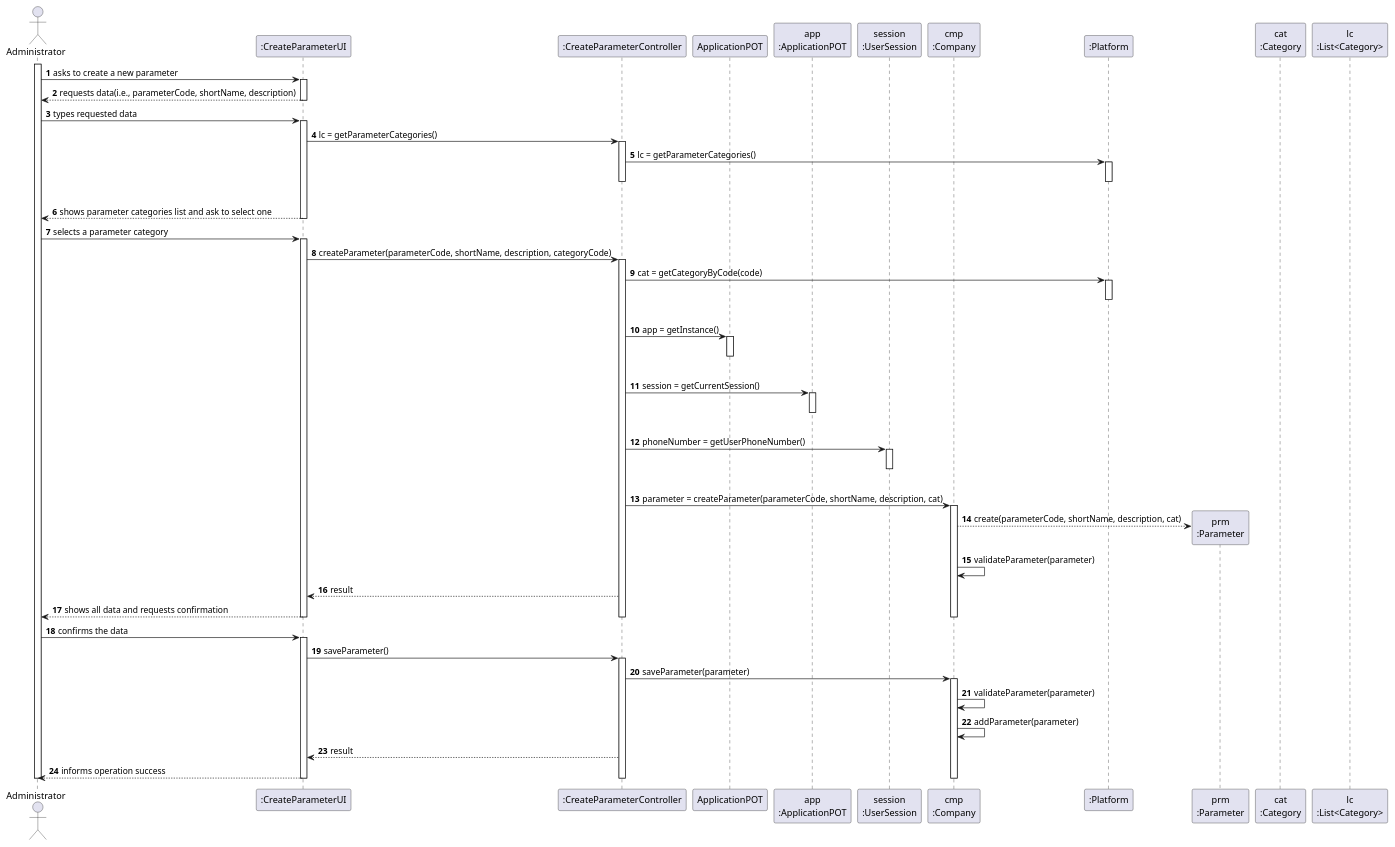
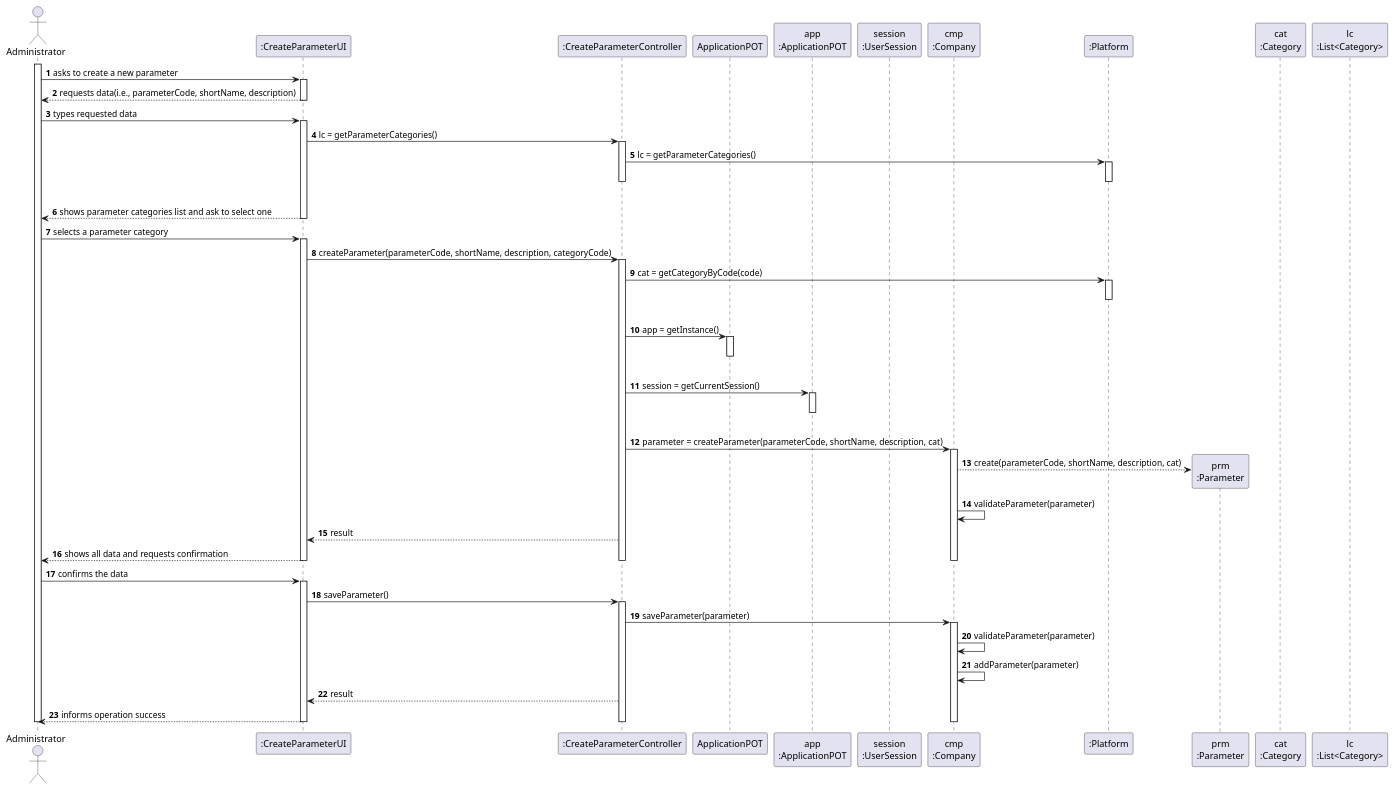
The diagram in docs/SprintB/US_10/US10_SD.puml (ana-albergaria/LAPR2-ISEP), drawn with PlantUML before and after one commit. The commit also changed 7 other files, not shown here.

```diff
--- a/docs/SprintB/US_10/US10_SD.puml
+++ b/docs/SprintB/US_10/US10_SD.puml
@@ -1,99 +1,94 @@
 @startuml
 autonumber
 'hide footbox
 actor "Administrator" as ADM
 
 participant ":CreateParameterUI" as UI
 participant ":CreateParameterController" as CTRL
 participant "ApplicationPOT" as _APP
 participant "app\n:ApplicationPOT" as APP
 participant "session\n:UserSession" as SESSION
 participant "cmp\n:Company" as CMP
 participant ":Platform" as PLAT
 participant "prm\n:Parameter" as PRM
 participant "cat\n:Category" as CAT
 participant "lc\n:List<Category>" as LIST_CAT
 
 activate ADM
 ADM -> UI : asks to create a new parameter
 activate UI
 UI --> ADM : requests data(i.e., parameterCode, shortName, description)
 deactivate UI
 
 ADM -> UI : types requested data
 activate UI
 
 UI -> CTRL : lc = getParameterCategories()
 activate CTRL
 
 CTRL -> PLAT : lc = getParameterCategories()
 activate PLAT
 |||
 deactivate PLAT
 deactivate CTRL
 
 UI --> ADM : shows parameter categories list and ask to select one
 deactivate PLAT
 deactivate UI
 
 ADM -> UI : selects a parameter category
 activate UI
 
 UI -> CTRL : createParameter(parameterCode, shortName, description, categoryCode)
 activate CTRL
 
 CTRL -> PLAT : cat = getCategoryByCode(code)
 activate PLAT
 |||
 deactivate PLAT
 
 CTRL -> _APP: app = getInstance()
 activate _APP
 |||
 deactivate _APP
 
 CTRL -> APP: session = getCurrentSession()
 activate APP
 |||
 deactivate APP
 
-CTRL -> SESSION: phoneNumber = getUserPhoneNumber()
-activate SESSION
-|||
-deactivate SESSION
-
 CTRL -> CMP: parameter = createParameter(parameterCode, shortName, description, cat)
 activate CMP
 
 CMP --> PRM**: create(parameterCode, shortName, description, cat)
 CMP -> CMP: validateParameter(parameter)
 
 CTRL --> UI: result
 
 UI --> ADM: shows all data and requests confirmation
 deactivate CMP
 deactivate PLAT
 deactivate CTRL
 deactivate UI
 
 ADM -> UI : confirms the data
 activate UI
 UI -> CTRL : saveParameter()
 activate CTRL
 
 CTRL -> CMP : saveParameter(parameter)
 activate CMP
 
 CMP -> CMP: validateParameter(parameter)
 CMP -> CMP: addParameter(parameter)
 
 CTRL --> UI: result
 
 UI --> ADM : informs operation success
 deactivate CMP
 deactivate CTRL
 deactivate UI
 
 deactivate ADM
 
 @enduml
```
